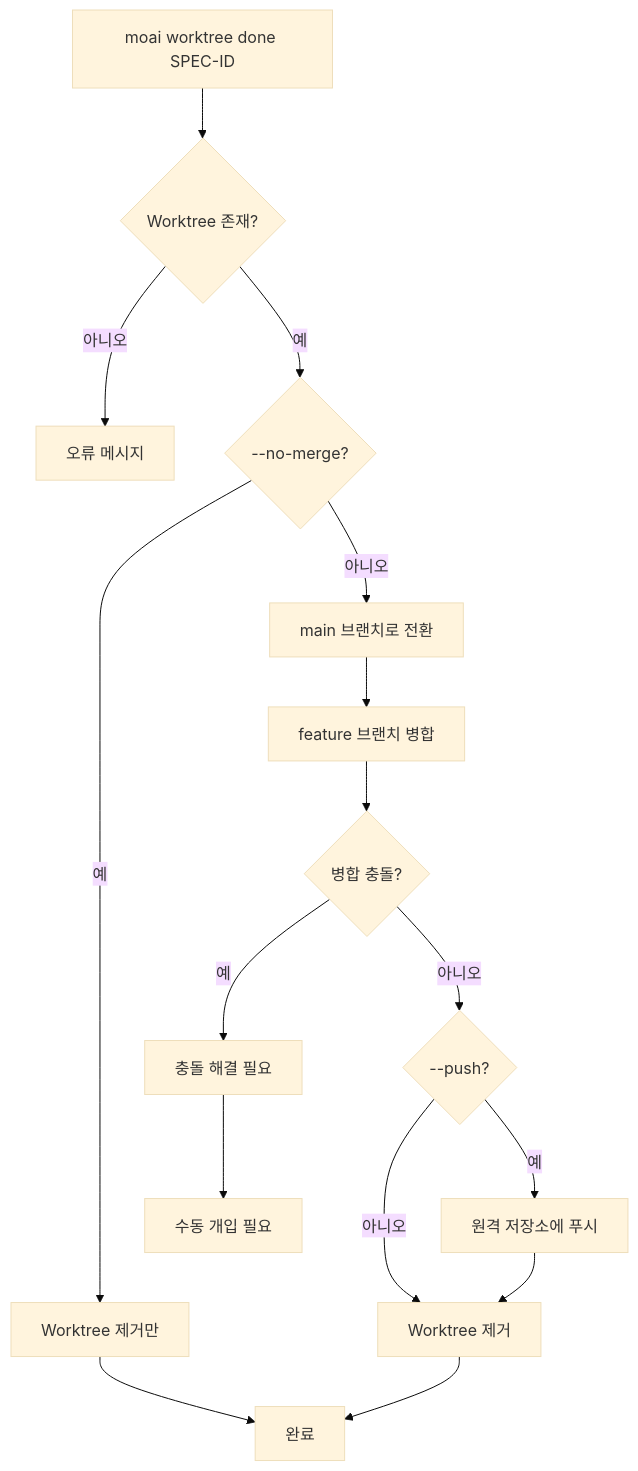
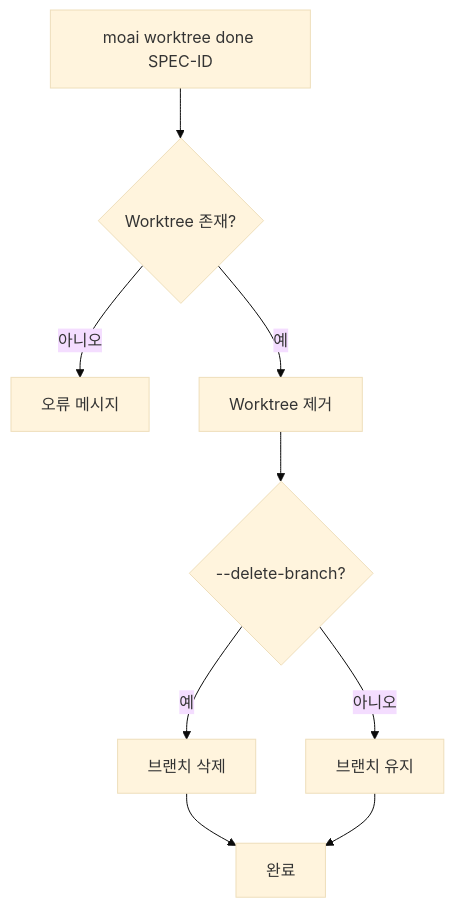
The fourth of 10 diagrams in docs-site/content/ko/worktree/guide.md (modu-ai/moai-adk), drawn with Mermaid (base theme) before and after one commit. The commit also changed other lines of this file and 180 other files, not shown here.

````diff
--- a/docs-site/content/ko/worktree/guide.md
+++ b/docs-site/content/ko/worktree/guide.md
@@ -227,18 +231,11 @@
 ```mermaid
 flowchart TD
     A[moai worktree done SPEC-ID] --> B{Worktree 존재?}
     B -->|아니오| C[오류 메시지]
-    B -->|예| D{--no-merge?}
-    D -->|예| E[Worktree 제거만]
-    D -->|아니오| F[main 브랜치로 전환]
-    F --> G[feature 브랜치 병합]
-    G --> H{병합 충돌?}
-    H -->|예| I[충돌 해결 필요]
-    H -->|아니오| J{--push?}
-    J -->|예| K[원격 저장소에 푸시]
-    J -->|아니오| L[Worktree 제거]
-    K --> L
-    E --> M[완료]
-    L --> M
-    I --> N[수동 개입 필요]
+    B -->|예| D[Worktree 제거]
+    D --> E{--delete-branch?}
+    E -->|예| F[브랜치 삭제]
+    E -->|아니오| G[브랜치 유지]
+    F --> H[완료]
+    G --> H[완료]
 ```
````
